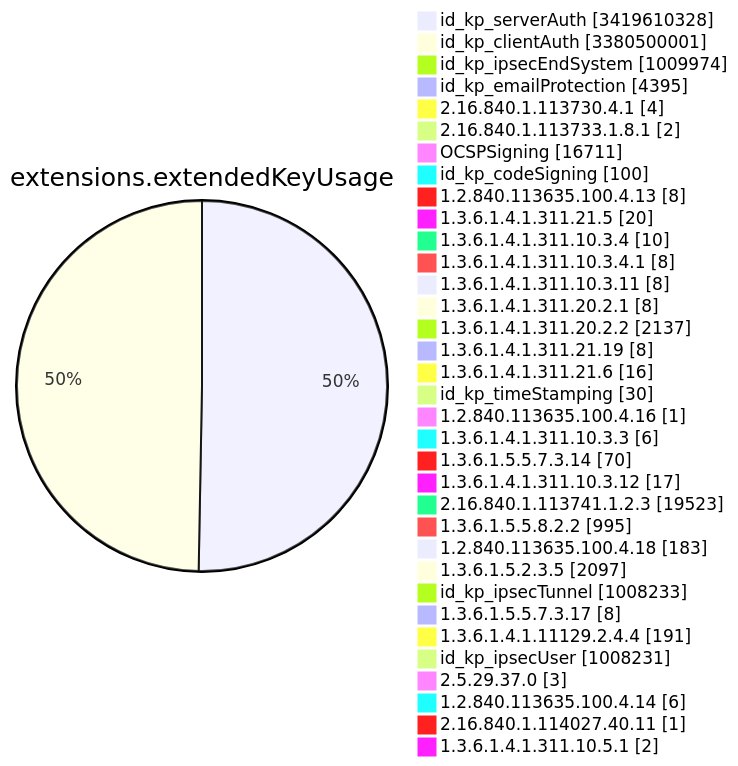
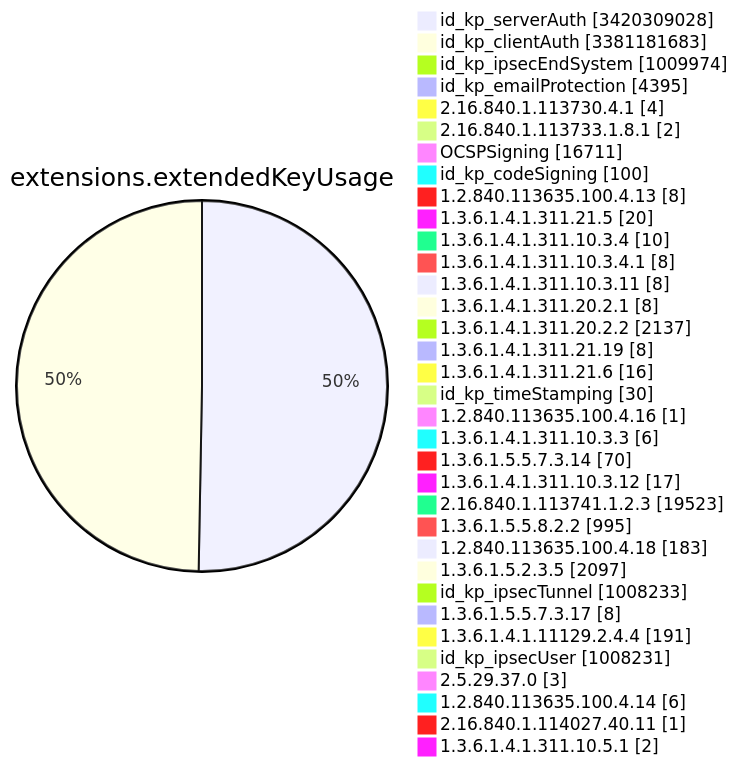
Before and after one commit to christiankrug/ctmonitor_visualization: diagram 11 of 15 in TOTAL/README.md, drawn with Mermaid. The commit also changed other lines of this file, not shown here.

````diff
--- a/TOTAL/README.md
+++ b/TOTAL/README.md
@@ -4121,38 +4121,38 @@
 ```mermaid
 pie showData
 title extensions.extendedKeyUsage
-"id_kp_serverAuth" :3419610328
-"id_kp_clientAuth" :3380500001
+"id_kp_serverAuth" :3420309028
+"id_kp_clientAuth" :3381181683
 "id_kp_ipsecEndSystem" :1009974
 "id_kp_emailProtection" :4395
 "2.16.840.1.113730.4.1" :4
 "2.16.840.1.113733.1.8.1" :2
 "OCSPSigning" :16711
 "id_kp_codeSigning" :100
 "1.2.840.113635.100.4.13" :8
 "1.3.6.1.4.1.311.21.5" :20
 "1.3.6.1.4.1.311.10.3.4" :10
 "1.3.6.1.4.1.311.10.3.4.1" :8
 "1.3.6.1.4.1.311.10.3.11" :8
 "1.3.6.1.4.1.311.20.2.1" :8
 "1.3.6.1.4.1.311.20.2.2" :2137
 "1.3.6.1.4.1.311.21.19" :8
 "1.3.6.1.4.1.311.21.6" :16
 "id_kp_timeStamping" :30
 "1.2.840.113635.100.4.16" :1
 "1.3.6.1.4.1.311.10.3.3" :6
 "1.3.6.1.5.5.7.3.14" :70
 "1.3.6.1.4.1.311.10.3.12" :17
 "2.16.840.1.113741.1.2.3" :19523
 "1.3.6.1.5.5.8.2.2" :995
 "1.2.840.113635.100.4.18" :183
 "1.3.6.1.5.2.3.5" :2097
 "id_kp_ipsecTunnel" :1008233
 "1.3.6.1.5.5.7.3.17" :8
 "1.3.6.1.4.1.11129.2.4.4" :191
 "id_kp_ipsecUser" :1008231
 "2.5.29.37.0" :3
 "1.2.840.113635.100.4.14" :6
 "2.16.840.1.114027.40.11" :1
 "1.3.6.1.4.1.311.10.5.1" :2
 ```
````
